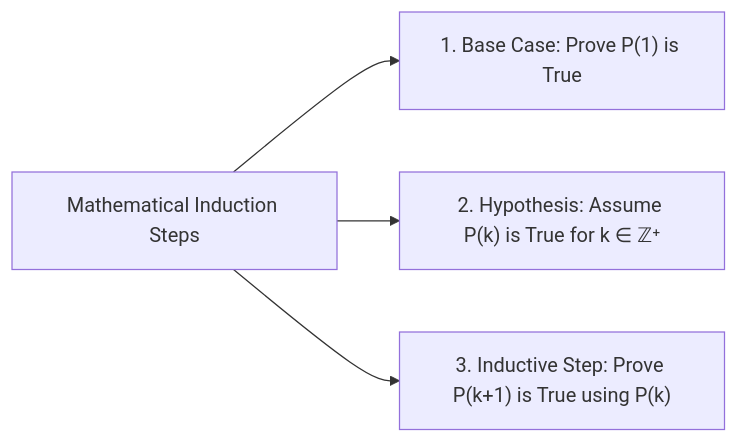
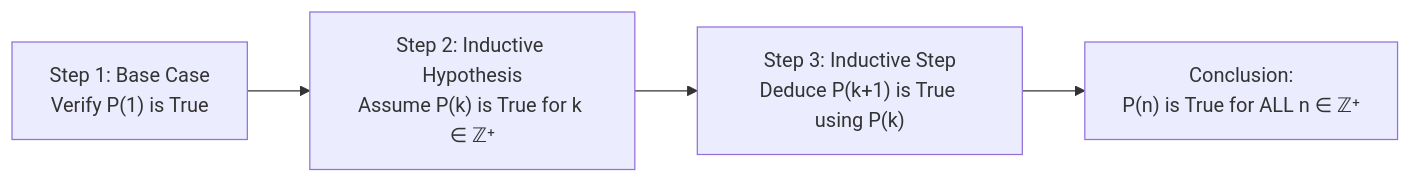
Before and after one commit to zenyyxz/Zen_dx-Notes: the first of 2 diagrams in 01 - Maths/Lesson 05 - Sequences, Series & Mathematical Induction.md, drawn with Mermaid. The commit also changed other lines of this file and 12 other files, not shown here.

````diff
--- a/01 - Maths/Lesson 05 - Sequences, Series & Mathematical Induction.md
+++ b/01 - Maths/Lesson 05 - Sequences, Series & Mathematical Induction.md
@@ -36,6 +43,6 @@
 ```mermaid
 graph LR
-    Induction["Mathematical Induction Steps"] --> Step1["1. Base Case: Prove P(1) is True"]
-    Induction --> Step2["2. Hypothesis: Assume P(k) is True for k ∈ ℤ⁺"]
-    Induction --> Step3["3. Inductive Step: Prove P(k+1) is True using P(k)"]
+    Step1["Step 1: Base Case<br>Verify P(1) is True"] --> Step2["Step 2: Inductive Hypothesis<br>Assume P(k) is True for k ∈ ℤ⁺"]
+    Step2 --> Step3["Step 3: Inductive Step<br>Deduce P(k+1) is True using P(k)"]
+    Step3 --> Conclusion["Conclusion:<br>P(n) is True for ALL n ∈ ℤ⁺"]
 ```
````
